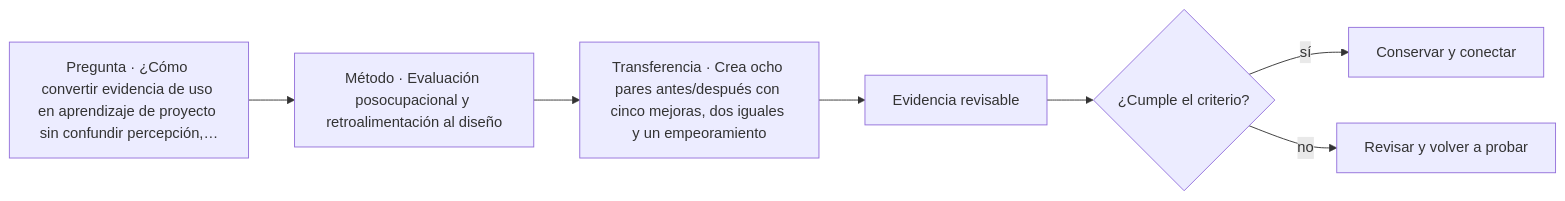
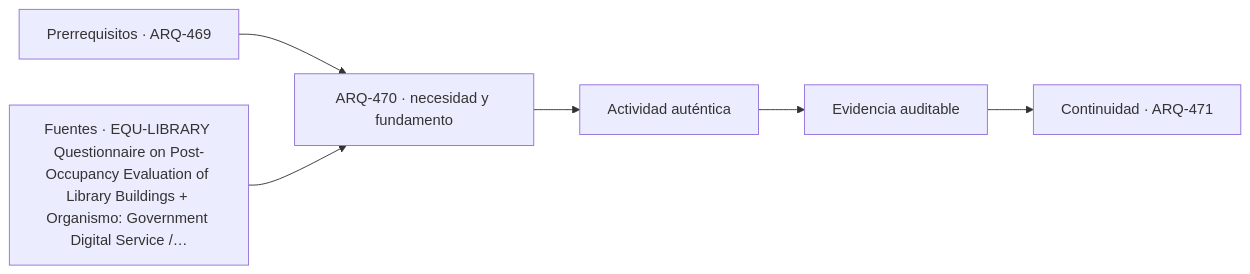
Before and after one commit to vladimiracunadev-create/architecture-built-environment-learning-program: the diagram in classes/parte-47/ARQ-470.md, drawn with Mermaid. The commit also changed other lines of this file and 761 other files, not shown here.

````diff
--- a/classes/parte-47/ARQ-470.md
+++ b/classes/parte-47/ARQ-470.md
@@ -75,9 +87,8 @@
 ```mermaid
 flowchart LR
-    Q["Pregunta · ¿Cómo convertir evidencia de uso en aprendizaje de proyecto sin confundir percepción,…"] --> M["Método · Evaluación posocupacional y retroalimentación al diseño"]
-    M --> P["Transferencia · Crea ocho pares antes/después con cinco mejoras, dos iguales y un empeoramiento"]
-    P --> E["Evidencia revisable"]
-    E --> C{"¿Cumple el criterio?"}
-    C -->|sí| T["Conservar y conectar"]
-    C -->|no| R["Revisar y volver a probar"]
+    A["Prerrequisitos · ARQ-469"] --> B["ARQ-470 · necesidad y fundamento"]
+    S["Fuentes · EQU-LIBRARY Questionnaire on Post-Occupancy Evaluation of Library Buildings + Organismo: Government Digital Service /…"] --> B
+    B --> C["Actividad auténtica"]
+    C --> D["Evidencia auditable"]
+    D --> E["Continuidad · ARQ-471"]
 ```
````
